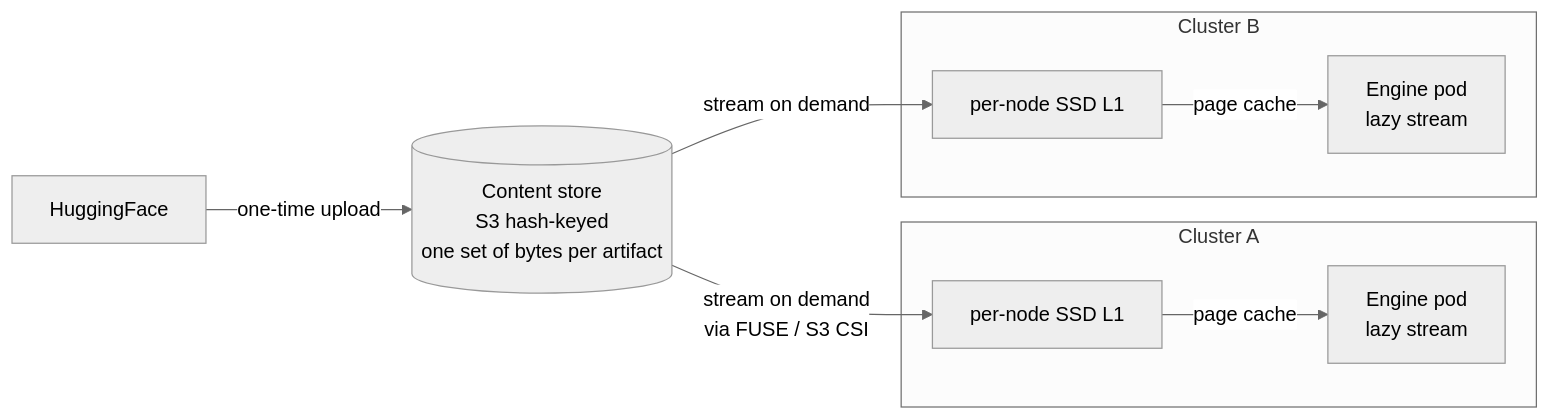
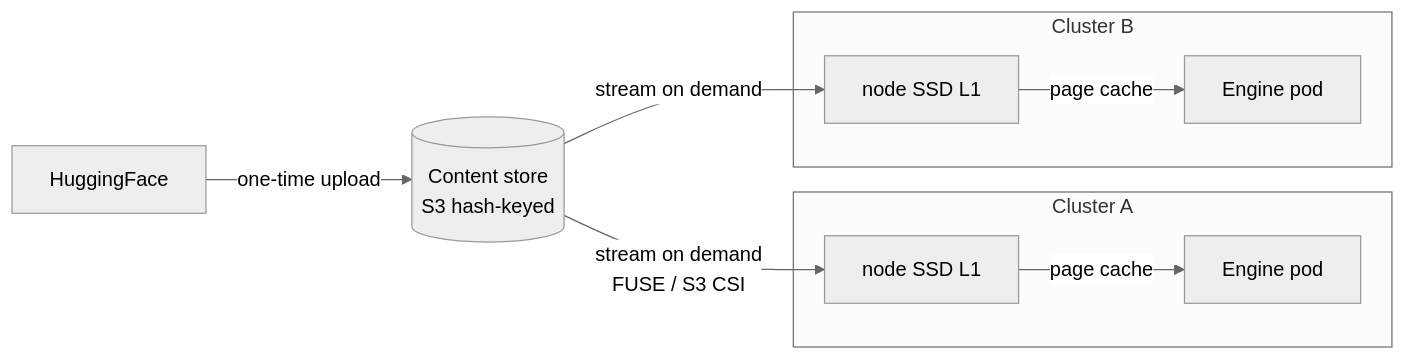
The third of 4 diagrams in design/modelcache/design.md (modelplaneai/modelplane), drawn with Mermaid (neutral theme) before and after one commit. The commit also changed other lines of this file and 7 other files, not shown here.

````diff
--- a/design/modelcache/design.md
+++ b/design/modelcache/design.md
@@ -174,18 +168,18 @@
 ```mermaid
 flowchart LR
   HF[HuggingFace]
-  OS[(Content store<br/>S3 hash-keyed<br/>one set of bytes per artifact)]
+  OS[(Content store<br/>S3 hash-keyed)]
   subgraph CLUSTERA[Cluster A]
-    SSDA[per-node SSD L1]
-    PODA[Engine pod<br/>lazy stream]
+    SSDA[node SSD L1]
+    PODA[Engine pod]
   end
   subgraph CLUSTERB[Cluster B]
-    SSDB[per-node SSD L1]
-    PODB[Engine pod<br/>lazy stream]
+    SSDB[node SSD L1]
+    PODB[Engine pod]
   end
   HF -->|one-time upload| OS
-  OS -->|stream on demand<br/>via FUSE / S3 CSI| SSDA
+  OS -->|stream on demand<br/>FUSE / S3 CSI| SSDA
   OS -->|stream on demand| SSDB
   SSDA -->|page cache| PODA
   SSDB -->|page cache| PODB
 ```
````
